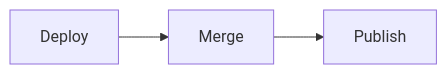
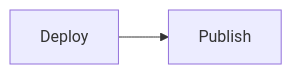
One commit to spectrum-health-systems/Abatab-Documentation-Project changed the diagram in Abatab Documentation/index.md. Above: the diagram before and after it, drawn with Mermaid. The commit also changed other lines of this file and 78 other files, not shown here.

````diff
--- a/Abatab Documentation/index.md
+++ b/Abatab Documentation/index.md
@@ -46,5 +40,5 @@
   ```mermaid
   graph LR
 
-      Deploy[Deploy] --> Merge[Merge] --> Publish[Publish]
+      Deploy[Deploy] --> Publish[Publish]
   ```
````
